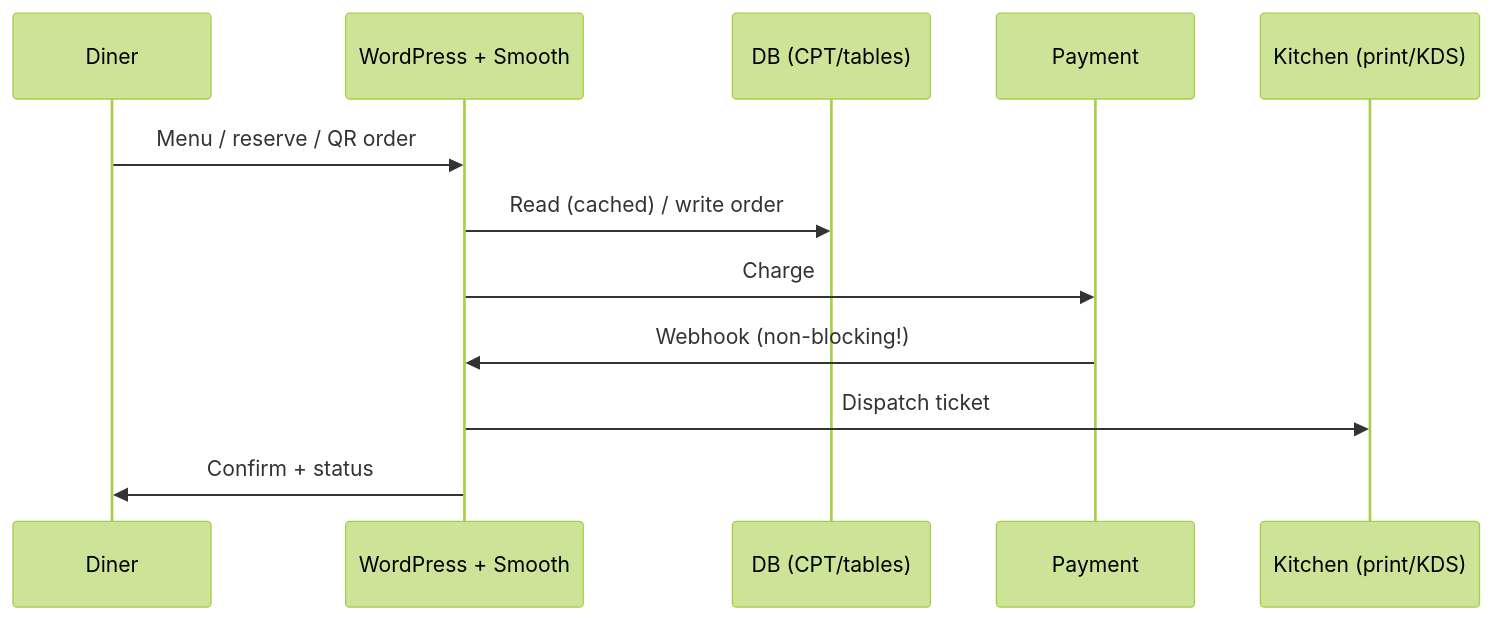
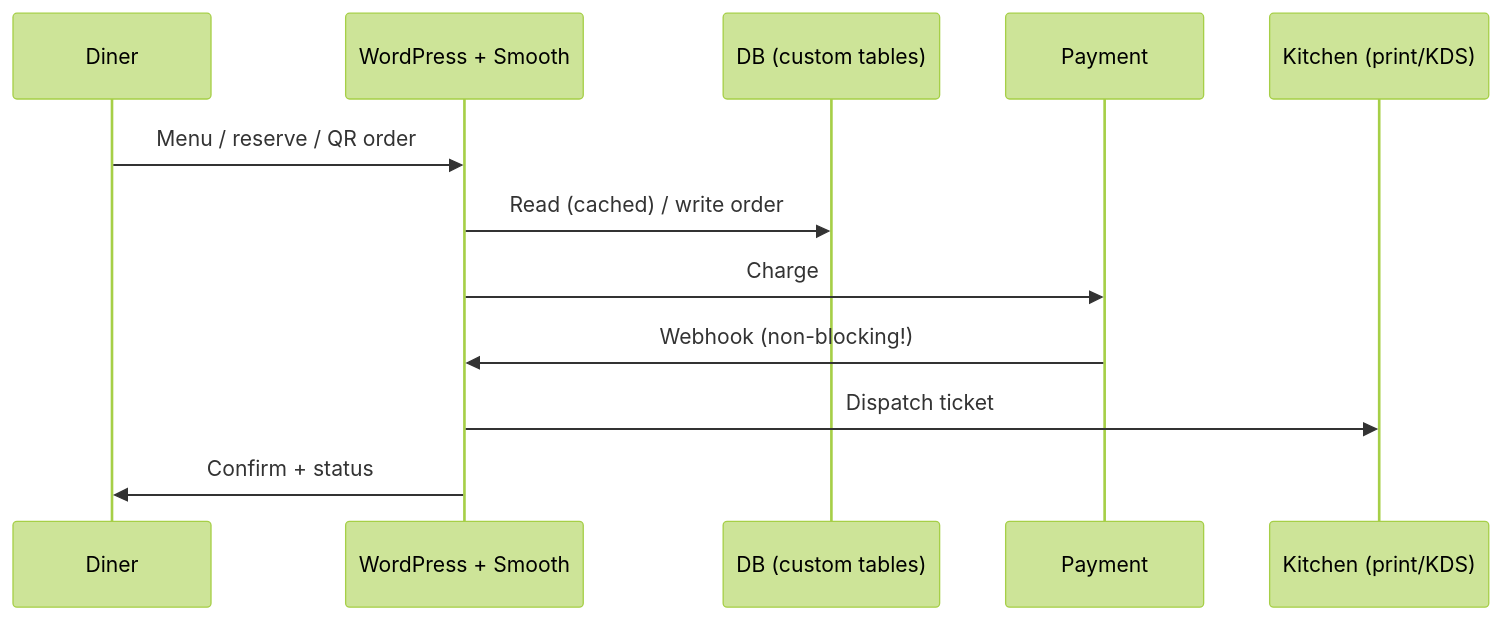
The second of 2 diagrams in smooth-restuarant/06-technical-architecture.md (sakib3201/smooth-restaurant), drawn with Mermaid (forest theme) before and after one commit. The commit also changed other lines of this file and 17 other files, not shown here.

````diff
--- a/smooth-restuarant/06-technical-architecture.md
+++ b/smooth-restuarant/06-technical-architecture.md
@@ -64,14 +68,14 @@
 ```mermaid
 sequenceDiagram
     participant D as Diner
     participant WP as WordPress + Smooth
-    participant DB as DB (CPT/tables)
+    participant DB as DB (custom tables)
     participant PAY as Payment
     participant K as Kitchen (print/KDS)
     D->>WP: Menu / reserve / QR order
     WP->>DB: Read (cached) / write order
     WP->>PAY: Charge
     PAY->>WP: Webhook (non-blocking!)
     WP->>K: Dispatch ticket
     WP->>D: Confirm + status
 ```
````
